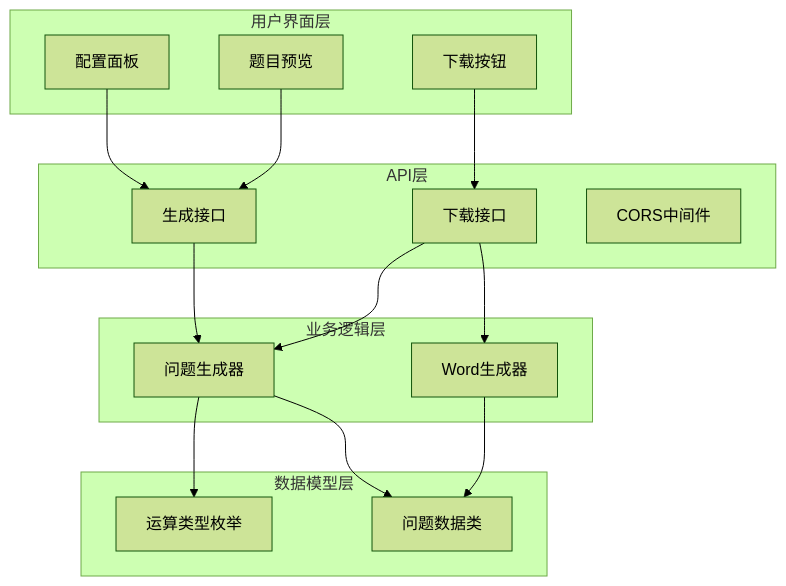
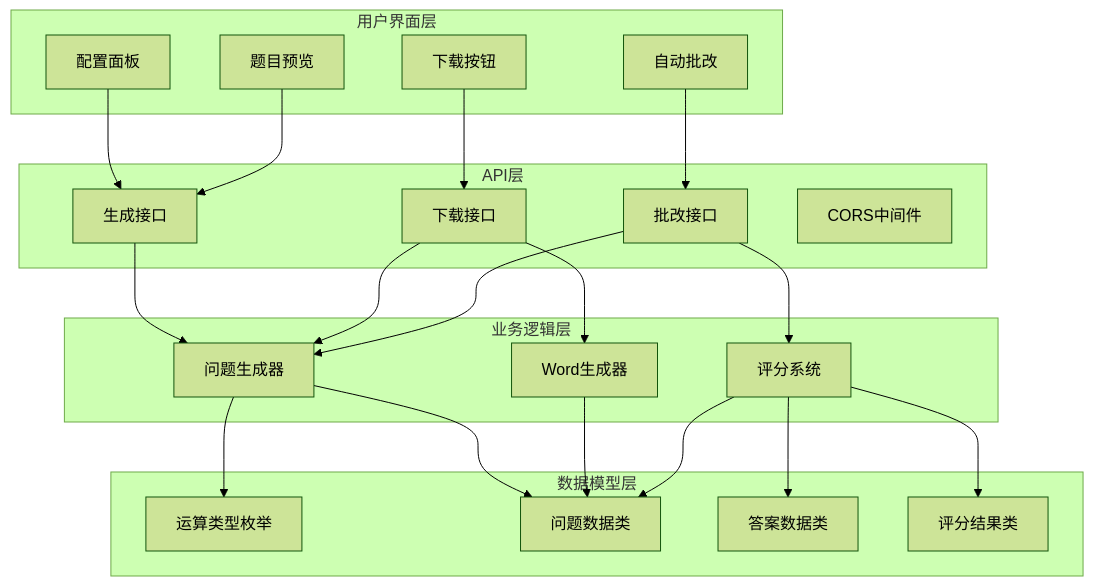
Before and after one commit to SimonWHL/math-learning: the fifth of 9 diagrams in .qoder/repowiki/zh/content/项目结构/核心生成器.md, drawn with Mermaid (forest theme). The commit also changed other lines of this file and 17 other files, not shown here.

````diff
--- a/.qoder/repowiki/zh/content/项目结构/核心生成器.md
+++ b/.qoder/repowiki/zh/content/项目结构/核心生成器.md
@@ -152,30 +204,41 @@
 ```mermaid
 graph TB
 subgraph "用户界面层"
 UI_Config[配置面板]
 UI_Preview[题目预览]
 UI_Download[下载按钮]
+UI_Grade[自动批改]
 end
 subgraph "API层"
 API_Generate[生成接口]
 API_Download[下载接口]
+API_Grade[批改接口]
 API_CORS[CORS中间件]
 end
 subgraph "业务逻辑层"
 BL_Generator[问题生成器]
 BL_Word[Word生成器]
+BL_Checker[评分系统]
 end
 subgraph "数据模型层"
 DM_Operation[运算类型枚举]
 DM_Problem[问题数据类]
+DM_Answer[答案数据类]
+DM_Result[评分结果类]
 end
 UI_Config --> API_Generate
 UI_Preview --> API_Generate
 UI_Download --> API_Download
+UI_Grade --> API_Grade
 API_Generate --> BL_Generator
 API_Download --> BL_Generator
 API_Download --> BL_Word
+API_Grade --> BL_Generator
+API_Grade --> BL_Checker
 BL_Generator --> DM_Operation
 BL_Generator --> DM_Problem
 BL_Word --> DM_Problem
+BL_Checker --> DM_Problem
+BL_Checker --> DM_Answer
+BL_Checker --> DM_Result
 ```
````
